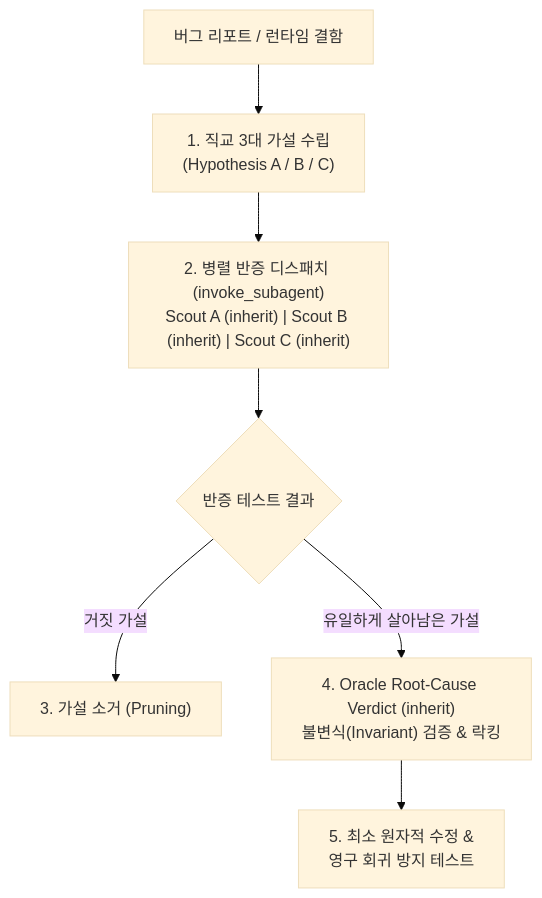
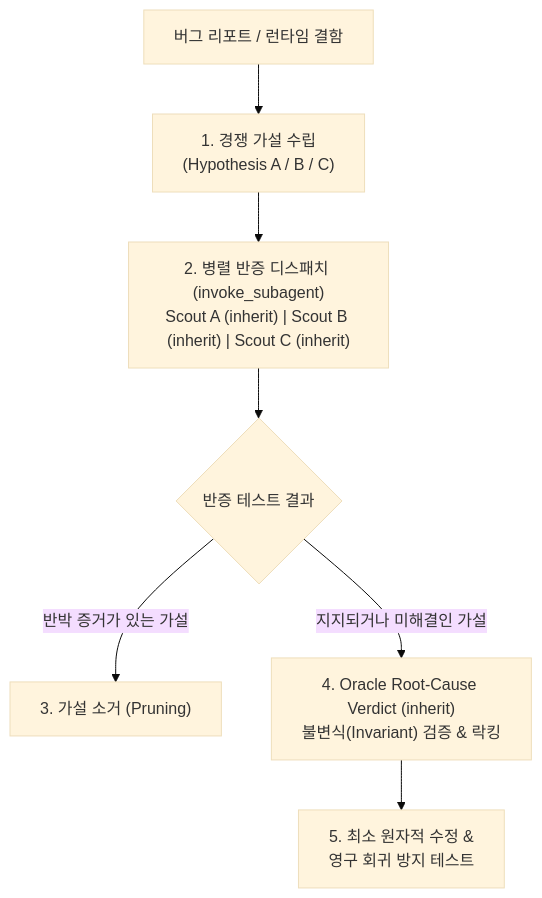
The diagram in skills/ulw/references/hypothesis-tree.md (ezbitbot-boop/lazyneon), drawn with Mermaid (base theme) before and after one commit. The commit also changed other lines of this file and 18 other files, not shown here.

````diff
--- a/skills/ulw/references/hypothesis-tree.md
+++ b/skills/ulw/references/hypothesis-tree.md
@@ -10,9 +10,9 @@
 ```mermaid
 flowchart TD
-    Bug["버그 리포트 / 런타임 결함"] --> Gen["1. 직교 3대 가설 수립<br/>(Hypothesis A / B / C)"]
+    Bug["버그 리포트 / 런타임 결함"] --> Gen["1. 경쟁 가설 수립<br/>(Hypothesis A / B / C)"]
     Gen --> Falsify["2. 병렬 반증 디스패치 (invoke_subagent)<br/>Scout A (inherit) | Scout B (inherit) | Scout C (inherit)"]
     Falsify --> Prune{"반증 테스트 결과"}
-    Prune -- "거짓 가설" --> Cut["3. 가설 소거 (Pruning)"]
-    Prune -- "유일하게 살아남은 가설" --> Oracle["4. Oracle Root-Cause Verdict (inherit)<br/>불변식(Invariant) 검증 & 락킹"]
+    Prune -- "반박 증거가 있는 가설" --> Cut["3. 가설 소거 (Pruning)"]
+    Prune -- "지지되거나 미해결인 가설" --> Oracle["4. Oracle Root-Cause Verdict (inherit)<br/>불변식(Invariant) 검증 & 락킹"]
     Oracle --> Fix["5. 최소 원자적 수정 &<br/>영구 회귀 방지 테스트"]
 ```
````
